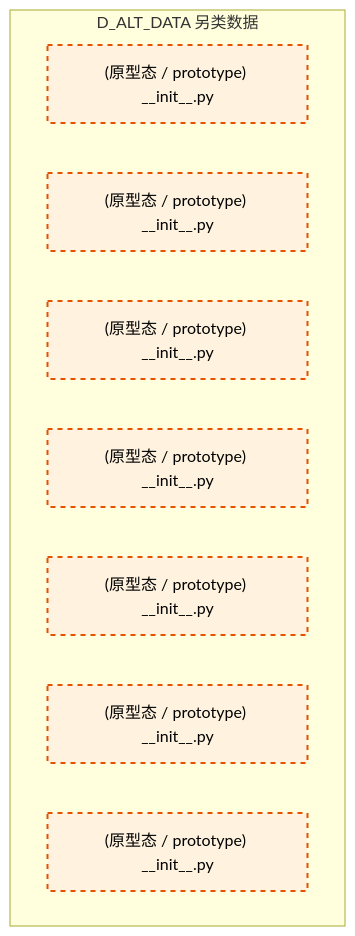
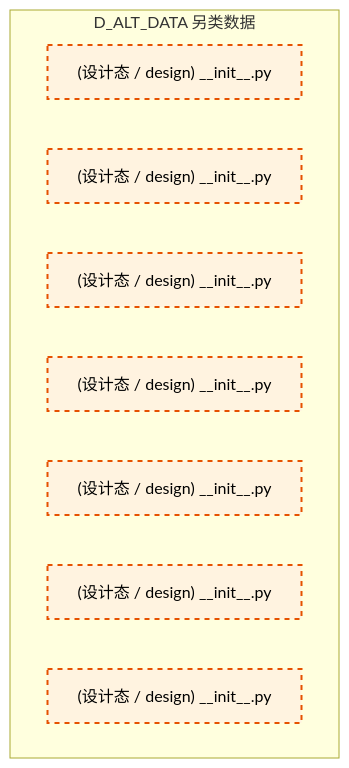
One commit to xuanFelixVan/ZephyrAlpha changed the first of 2 diagrams in docs/02_enterprise_architecture/02_domain_architecture_docs/06_d_alt_data.md. Above: the diagram before and after it, drawn with Mermaid. The commit also changed other lines of this file and 177 other files, not shown here.

````diff
--- a/docs/02_enterprise_architecture/02_domain_architecture_docs/06_d_alt_data.md
+++ b/docs/02_enterprise_architecture/02_domain_architecture_docs/06_d_alt_data.md
@@ -69,17 +68,17 @@
 ```mermaid
 graph TD
     subgraph D_ALT_DATA["D_ALT_DATA 另类数据"]
-        src_zephyr_alt_data_init_py["(原型态 / prototype) __init__.py"]
-        src_zephyr_alt_data_extensions_init_py["(原型态 / prototype) __init__.py"]
-        src_zephyr_alt_data_api_init_py["(原型态 / prototype) __init__.py"]
-        src_zephyr_alt_data_core_init_py["(原型态 / prototype) __init__.py"]
-        src_zephyr_alt_data_infrastructure_init_py["(原型态 / prototype) __init__.py"]
-        src_zephyr_alt_data_models_init_py["(原型态 / prototype) __init__.py"]
-        src_zephyr_alt_data_services_init_py["(原型态 / prototype) __init__.py"]
+        src_zephyr_alt_data_init_py["(设计态 / design) __init__.py"]
+        src_zephyr_alt_data_extensions_init_py["(设计态 / design) __init__.py"]
+        src_zephyr_alt_data_api_init_py["(设计态 / design) __init__.py"]
+        src_zephyr_alt_data_core_init_py["(设计态 / design) __init__.py"]
+        src_zephyr_alt_data_infrastructure_init_py["(设计态 / design) __init__.py"]
+        src_zephyr_alt_data_models_init_py["(设计态 / design) __init__.py"]
+        src_zephyr_alt_data_services_init_py["(设计态 / design) __init__.py"]
     end
     classDef production fill:#e1f5fe,stroke:#01579b,stroke-width:2px,color:#000
     classDef design fill:#fff3e0,stroke:#e65100,stroke-width:2px,color:#000,stroke-dasharray: 5 5
     classDef external_prod fill:#e8f5e9,stroke:#1b5e20,stroke-width:1px,color:#000
     classDef external_design fill:#fce4ec,stroke:#880e4f,stroke-width:1px,color:#000,stroke-dasharray: 5 5
     class src_zephyr_alt_data_init_py,src_zephyr_alt_data_extensions_init_py,src_zephyr_alt_data_api_init_py,src_zephyr_alt_data_core_init_py,src_zephyr_alt_data_infrastructure_init_py,src_zephyr_alt_data_models_init_py,src_zephyr_alt_data_services_init_py design
 ```
````
